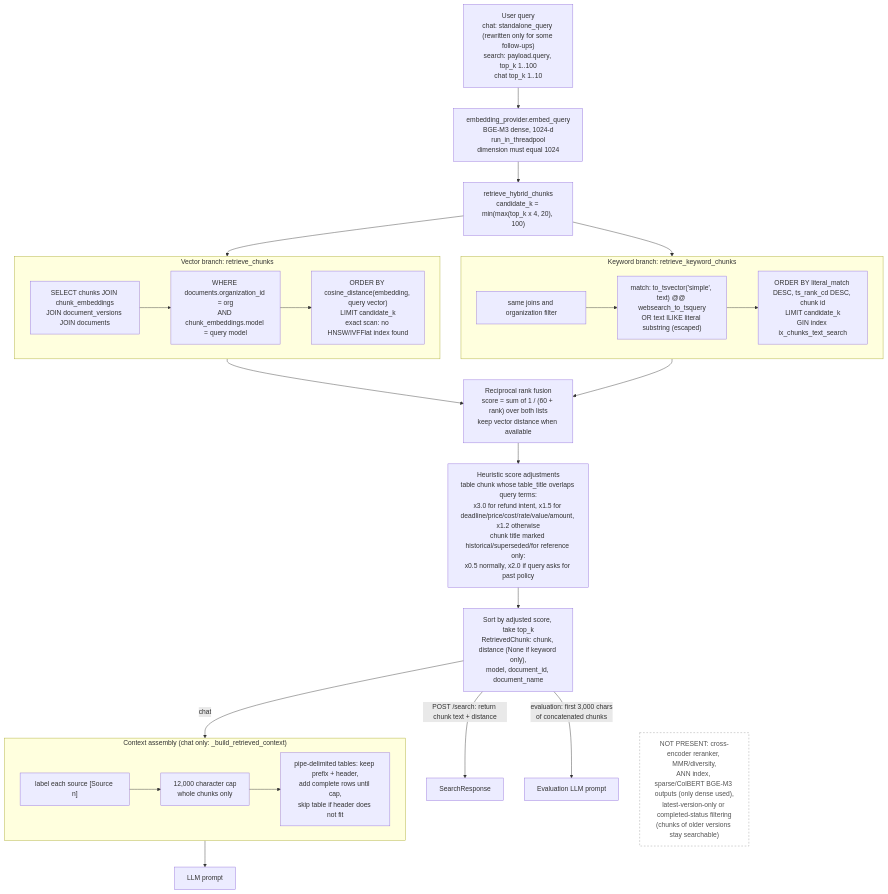
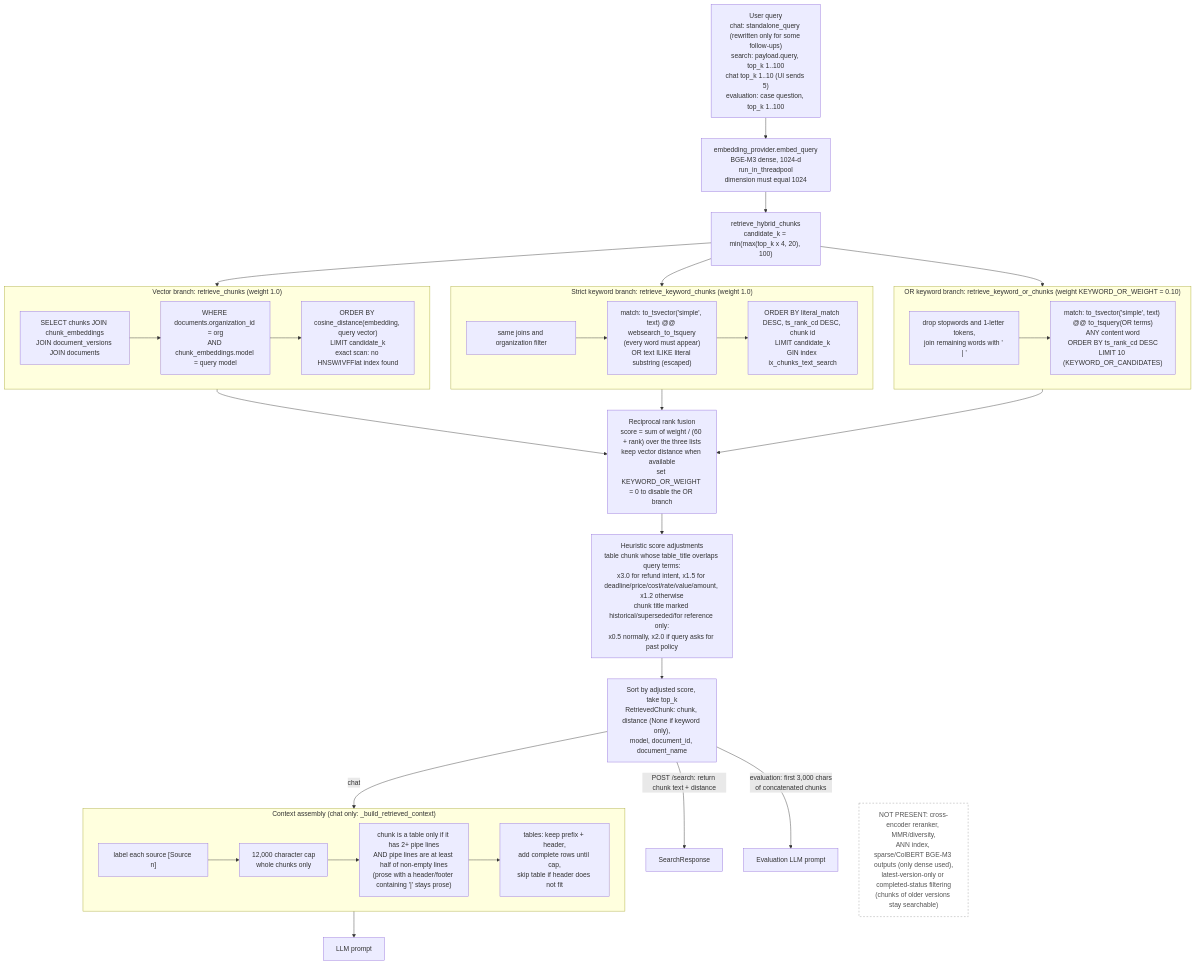
Before and after one commit to Samir-pemi-magar/Docpilot: the diagram in docs/diagrams/07-retrieval-architecture.mmd, drawn with Mermaid. The commit also changed 17 other files, not shown here.

Commit message:
docs: update README, architecture notes and diagrams to match code

```diff
--- a/docs/diagrams/07-retrieval-architecture.mmd
+++ b/docs/diagrams/07-retrieval-architecture.mmd
@@ -1,45 +1,56 @@
 %% DocPilot - Retrieval architecture (services/retrieval.py, used by chat, search, evaluations)
+%% Changes vs. previous version: third "OR keyword" branch (weight 0.10);
+%% context builder only treats a chunk as a table when most lines are table rows.
 flowchart TD
-    q["User query<br/>chat: standalone_query (rewritten only for some follow-ups)<br/>search: payload.query, top_k 1..100<br/>chat top_k 1..10"]
+    q["User query<br/>chat: standalone_query (rewritten only for some follow-ups)<br/>search: payload.query, top_k 1..100<br/>chat top_k 1..10 (UI sends 5)<br/>evaluation: case question, top_k 1..100"]
     emb["embedding_provider.embed_query<br/>BGE-M3 dense, 1024-d<br/>run_in_threadpool<br/>dimension must equal 1024"]
     hyb["retrieve_hybrid_chunks<br/>candidate_k = min(max(top_k x 4, 20), 100)"]
 
-    subgraph vec["Vector branch: retrieve_chunks"]
+    subgraph vec["Vector branch: retrieve_chunks (weight 1.0)"]
         v1["SELECT chunks JOIN chunk_embeddings<br/>JOIN document_versions JOIN documents"]
         v2["WHERE documents.organization_id = org<br/>AND chunk_embeddings.model = query model"]
         v3["ORDER BY cosine_distance(embedding, query vector)<br/>LIMIT candidate_k<br/>exact scan: no HNSW/IVFFlat index found"]
         v1 --> v2 --> v3
     end
 
-    subgraph kw["Keyword branch: retrieve_keyword_chunks"]
+    subgraph kw["Strict keyword branch: retrieve_keyword_chunks (weight 1.0)"]
         k1["same joins and organization filter"]
-        k2["match: to_tsvector('simple', text) @@ websearch_to_tsquery<br/>OR text ILIKE literal substring (escaped)"]
+        k2["match: to_tsvector('simple', text) @@ websearch_to_tsquery<br/>(every word must appear)<br/>OR text ILIKE literal substring (escaped)"]
         k3["ORDER BY literal_match DESC, ts_rank_cd DESC, chunk id<br/>LIMIT candidate_k<br/>GIN index ix_chunks_text_search"]
         k1 --> k2 --> k3
     end
 
-    rrf["Reciprocal rank fusion<br/>score = sum of 1 / (60 + rank) over both lists<br/>keep vector distance when available"]
+    subgraph kwor["OR keyword branch: retrieve_keyword_or_chunks (weight KEYWORD_OR_WEIGHT = 0.10)"]
+        o1["drop stopwords and 1-letter tokens,<br/>join remaining words with ' | '"]
+        o2["match: to_tsvector('simple', text) @@ to_tsquery(OR terms)<br/>ANY content word<br/>ORDER BY ts_rank_cd DESC<br/>LIMIT 10 (KEYWORD_OR_CANDIDATES)"]
+        o1 --> o2
+    end
+
+    rrf["Reciprocal rank fusion<br/>score = sum of weight / (60 + rank) over the three lists<br/>keep vector distance when available<br/>set KEYWORD_OR_WEIGHT = 0 to disable the OR branch"]
     adj["Heuristic score adjustments<br/>table chunk whose table_title overlaps query terms:<br/>x3.0 for refund intent, x1.5 for deadline/price/cost/rate/value/amount, x1.2 otherwise<br/>chunk title marked historical/superseded/for reference only:<br/>x0.5 normally, x2.0 if query asks for past policy"]
     top["Sort by adjusted score, take top_k<br/>RetrievedChunk: chunk, distance (None if keyword only),<br/>model, document_id, document_name"]
 
     subgraph ctx["Context assembly (chat only: _build_retrieved_context)"]
         c1["label each source [Source n]"]
         c2["12,000 character cap<br/>whole chunks only"]
-        c3["pipe-delimited tables: keep prefix + header,<br/>add complete rows until cap,<br/>skip table if header does not fit"]
-        c1 --> c2 --> c3
+        c3["chunk is a table only if it has 2+ pipe lines<br/>AND pipe lines are at least half of non-empty lines<br/>(prose with a header/footer containing '|' stays prose)"]
+        c4["tables: keep prefix + header,<br/>add complete rows until cap,<br/>skip table if header does not fit"]
+        c1 --> c2 --> c3 --> c4
     end
 
     q --> emb --> hyb
     hyb --> vec
     hyb --> kw
+    hyb --> kwor
     vec --> rrf
     kw --> rrf
+    kwor --> rrf
     rrf --> adj --> top
     top -->|"POST /search: return chunk text + distance"| out1["SearchResponse"]
     top -->|"chat"| ctx --> out2["LLM prompt"]
     top -->|"evaluation: first 3,000 chars<br/>of concatenated chunks"| out3["Evaluation LLM prompt"]
 
     gap["NOT PRESENT: cross-encoder reranker, MMR/diversity,<br/>ANN index, sparse/ColBERT BGE-M3 outputs (only dense used),<br/>latest-version-only or completed-status filtering<br/>(chunks of older versions stay searchable)"]
     top ~~~ gap
     classDef note fill:#fff,stroke:#999,stroke-dasharray: 4 4,color:#555
     class gap note
```
